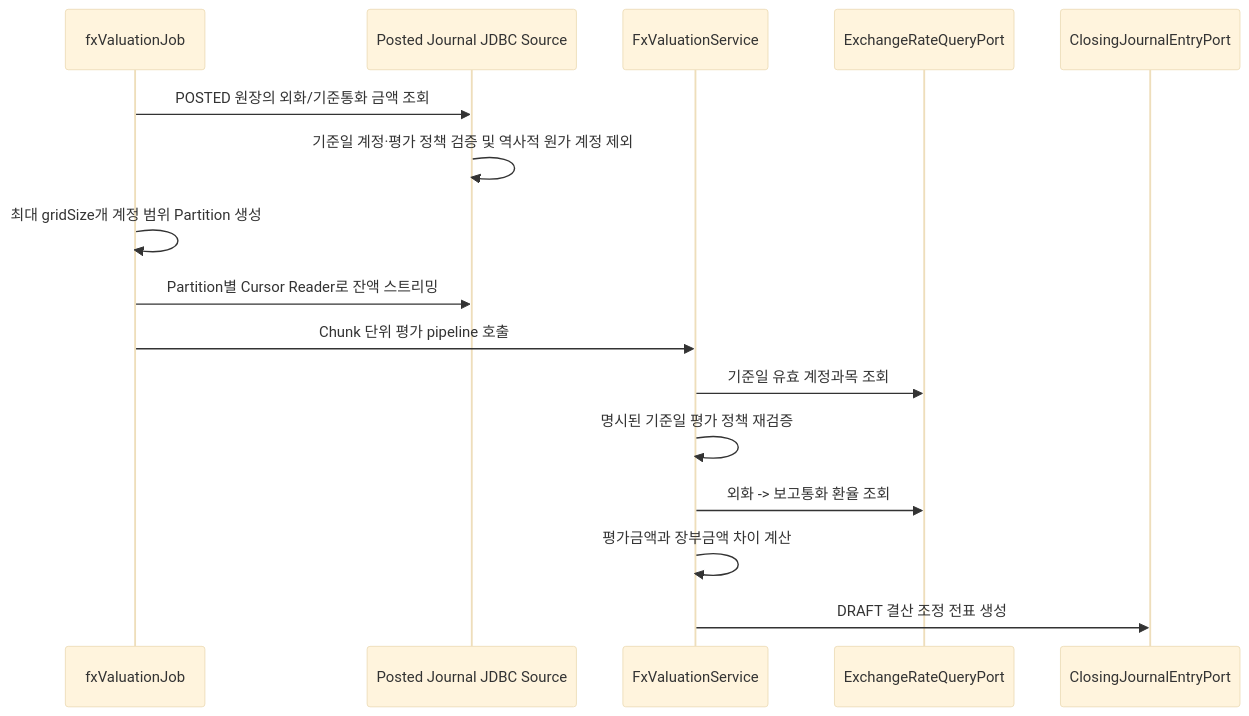
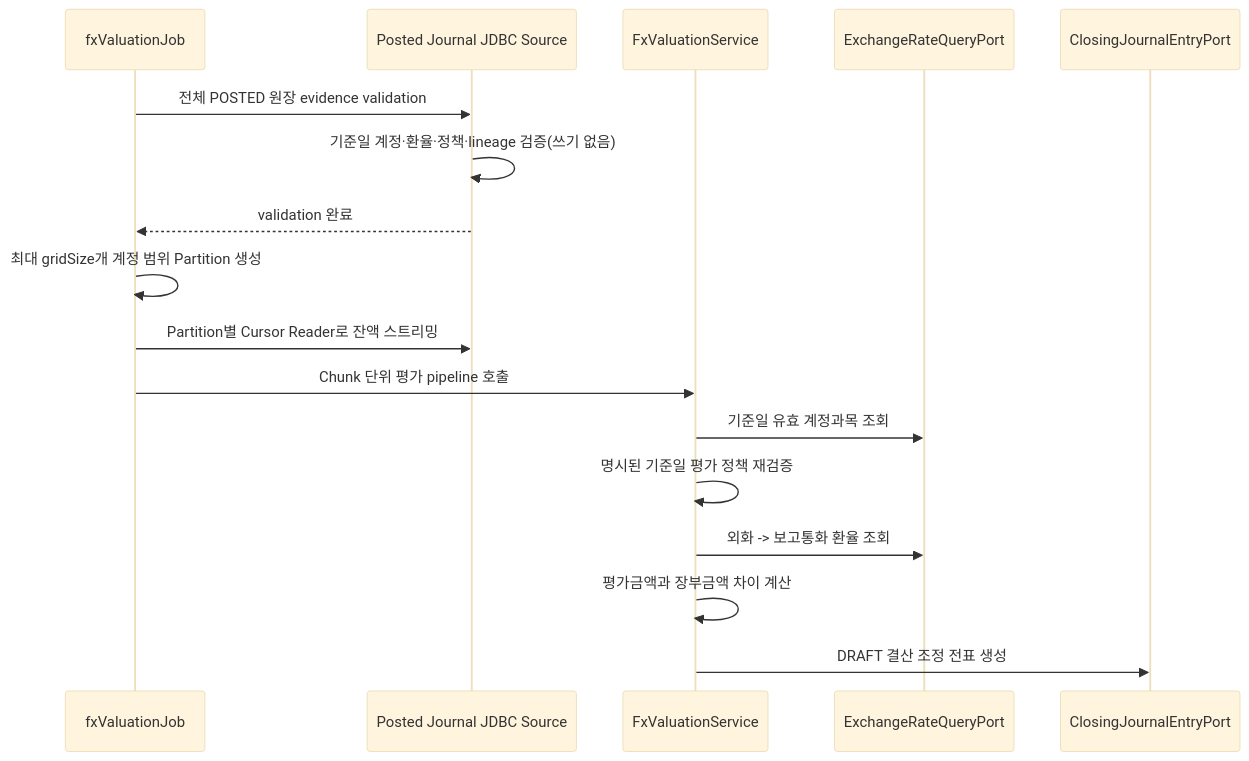
The fourth of 5 diagrams in closing/docs/process-flow.md (skyg547/account), drawn with Mermaid (base theme) before and after one commit. The commit also changed other lines of this file and 51 other files, not shown here.

````diff
--- a/closing/docs/process-flow.md
+++ b/closing/docs/process-flow.md
@@ -182,19 +182,20 @@
 ```mermaid
 sequenceDiagram
     participant Job as fxValuationJob
     participant GL as Posted Journal JDBC Source
     participant FX as FxValuationService
     participant MD as ExchangeRateQueryPort
     participant JL as ClosingJournalEntryPort
 
-    Job->>GL: POSTED 원장의 외화/기준통화 금액 조회
-    GL->>GL: 기준일 계정·평가 정책 검증 및 역사적 원가 계정 제외
+    Job->>GL: 전체 POSTED 원장 evidence validation
+    GL->>GL: 기준일 계정·환율·정책·lineage 검증(쓰기 없음)
+    GL-->>Job: validation 완료
     Job->>Job: 최대 gridSize개 계정 범위 Partition 생성
     Job->>GL: Partition별 Cursor Reader로 잔액 스트리밍
     Job->>FX: Chunk 단위 평가 pipeline 호출
     FX->>MD: 기준일 유효 계정과목 조회
     FX->>FX: 명시된 기준일 평가 정책 재검증
     FX->>MD: 외화 -> 보고통화 환율 조회
     FX->>FX: 평가금액과 장부금액 차이 계산
     FX->>JL: DRAFT 결산 조정 전표 생성
 ```
````
